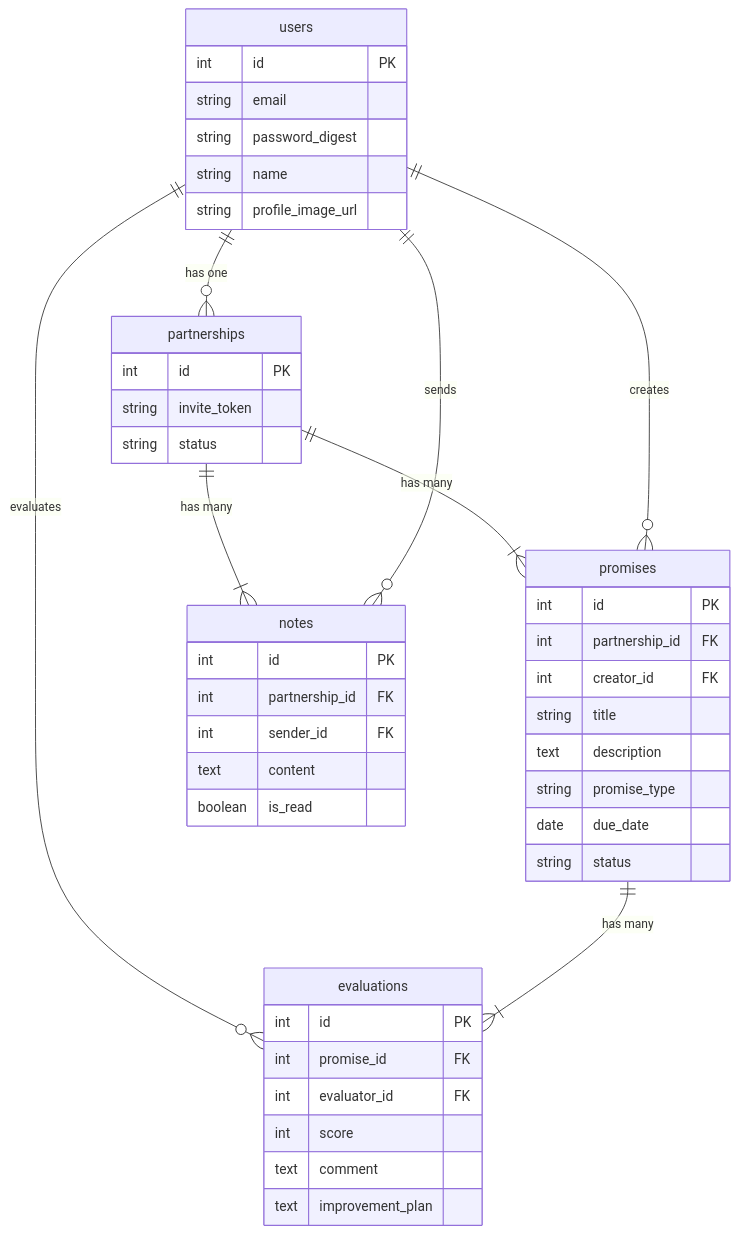
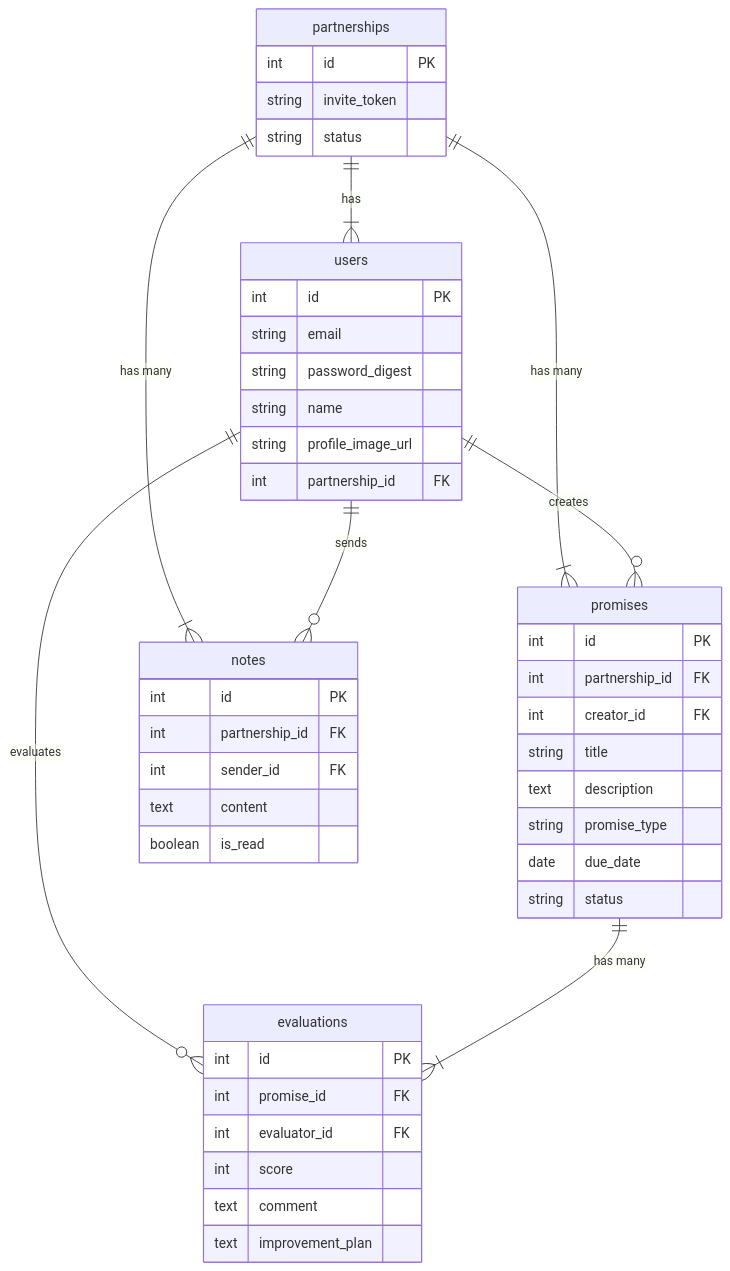
One commit to compile425/yubikirigennmann changed the eighth of 8 diagrams in documents/design.md. Above: the diagram before and after it, drawn with Mermaid.

````diff
--- a/documents/design.md
+++ b/documents/design.md
@@ -195,52 +195,55 @@
 ```mermaid
 erDiagram
-    users ||--o{ partnerships : "has one"
+    %% --- 関係性の定義 ---
+    partnerships ||--|{ users : "has"
     partnerships ||--|{ promises : "has many"
     partnerships ||--|{ notes : "has many"
     users ||--o{ promises : "creates"
     users ||--o{ evaluations : "evaluates"
     users ||--o{ notes : "sends"
     promises ||--|{ evaluations : "has many"
 
+    %% --- テーブル（エンティティ）の定義 ---
     users {
         int id "PK"
         string email
         string password_digest
         string name
         string profile_image_url
+        int partnership_id "FK"
     }
 
     partnerships {
         int id "PK"
         string invite_token
         string status
     }
 
     promises {
         int id "PK"
         int partnership_id "FK"
         int creator_id "FK"
         string title
         text description
         string promise_type
         date due_date
         string status
     }
 
     evaluations {
         int id "PK"
         int promise_id "FK"
         int evaluator_id "FK"
         int score
         text comment
         text improvement_plan
     }
 
     notes {
         int id "PK"
         int partnership_id "FK"
         int sender_id "FK"
         text content
         boolean is_read
     }
 ```
````
